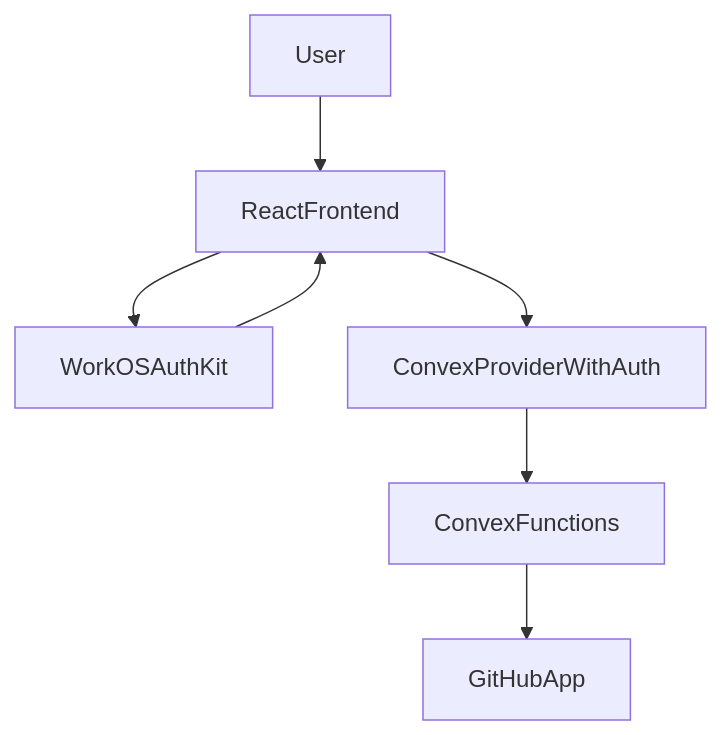
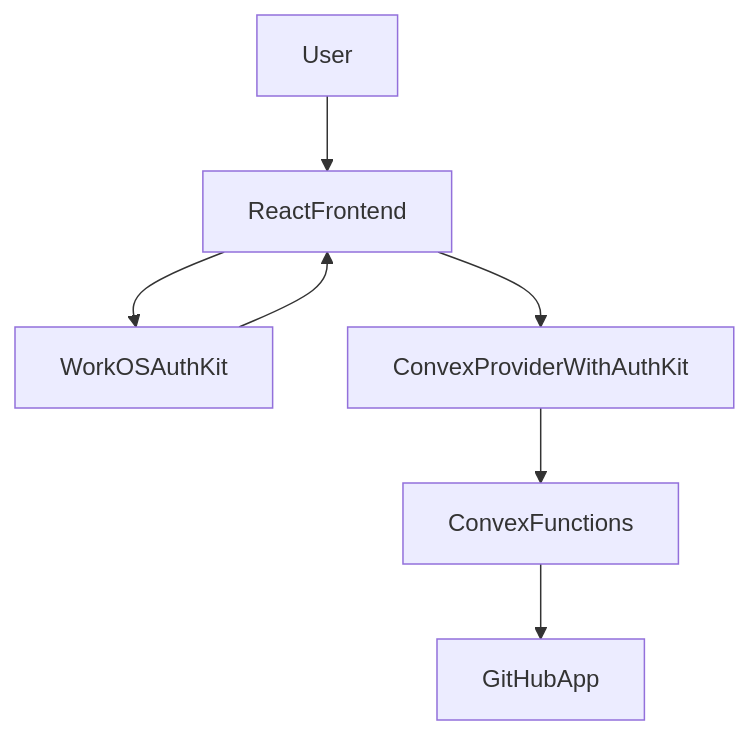
The diagram in docs/auth-and-access.md (EricTsai83/repospark), drawn with Mermaid before and after one commit. The commit also changed other lines of this file and 15 other files, not shown here.

First line of the commit message:
Sync docs with current frontend architecture.

````diff
--- a/docs/auth-and-access.md
+++ b/docs/auth-and-access.md
@@ -9,16 +9,16 @@
 ```mermaid
 flowchart TD
   User[User]
   Frontend[ReactFrontend]
   WorkOS[WorkOSAuthKit]
-  ConvexClient[ConvexProviderWithAuth]
+  ConvexClient[ConvexProviderWithAuthKit]
   ConvexServer[ConvexFunctions]
   GitHubApp[GitHubApp]
 
   User --> Frontend
   Frontend --> WorkOS
   WorkOS --> Frontend
   Frontend --> ConvexClient
   ConvexClient --> ConvexServer
   ConvexServer --> GitHubApp
 ```
````
